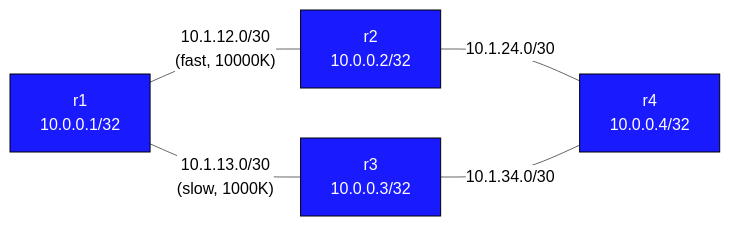
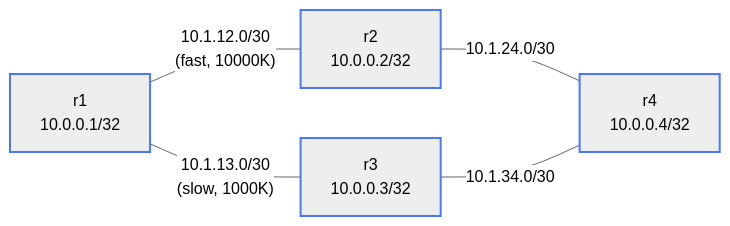
Before and after one commit to jschless/networkingLabs: the diagram in labs/eigrp-variance/README.md, drawn with Mermaid (neutral theme). The commit also changed 250 other files, not shown here.

Commit message:
Fix unreadable topology diagrams, convert ASCII art, publish assessments (#57)

````diff
--- a/labs/eigrp-variance/README.md
+++ b/labs/eigrp-variance/README.md
@@ -12,15 +12,15 @@
 ```mermaid
 flowchart LR
-    r1["r1\n10.0.0.1/32"]
-    r2["r2\n10.0.0.2/32"]
-    r3["r3\n10.0.0.3/32"]
-    r4["r4\n10.0.0.4/32"]
+    r1["r1<br/>10.0.0.1/32"]
+    r2["r2<br/>10.0.0.2/32"]
+    r3["r3<br/>10.0.0.3/32"]
+    r4["r4<br/>10.0.0.4/32"]
 
-    r1 -- "10.1.12.0/30\n(fast, 10000K)" --- r2
-    r1 -- "10.1.13.0/30\n(slow, 1000K)" --- r3
+    r1 -- "10.1.12.0/30<br/>(fast, 10000K)" --- r2
+    r1 -- "10.1.13.0/30<br/>(slow, 1000K)" --- r3
     r2 -- "10.1.24.0/30" --- r4
     r3 -- "10.1.34.0/30" --- r4
 
-    classDef router fill:#1a1aff,color:#fff,stroke:#000
+    classDef router stroke:#4778ff,stroke-width:2px
     class r1,r2,r3,r4 router
 ```
````
